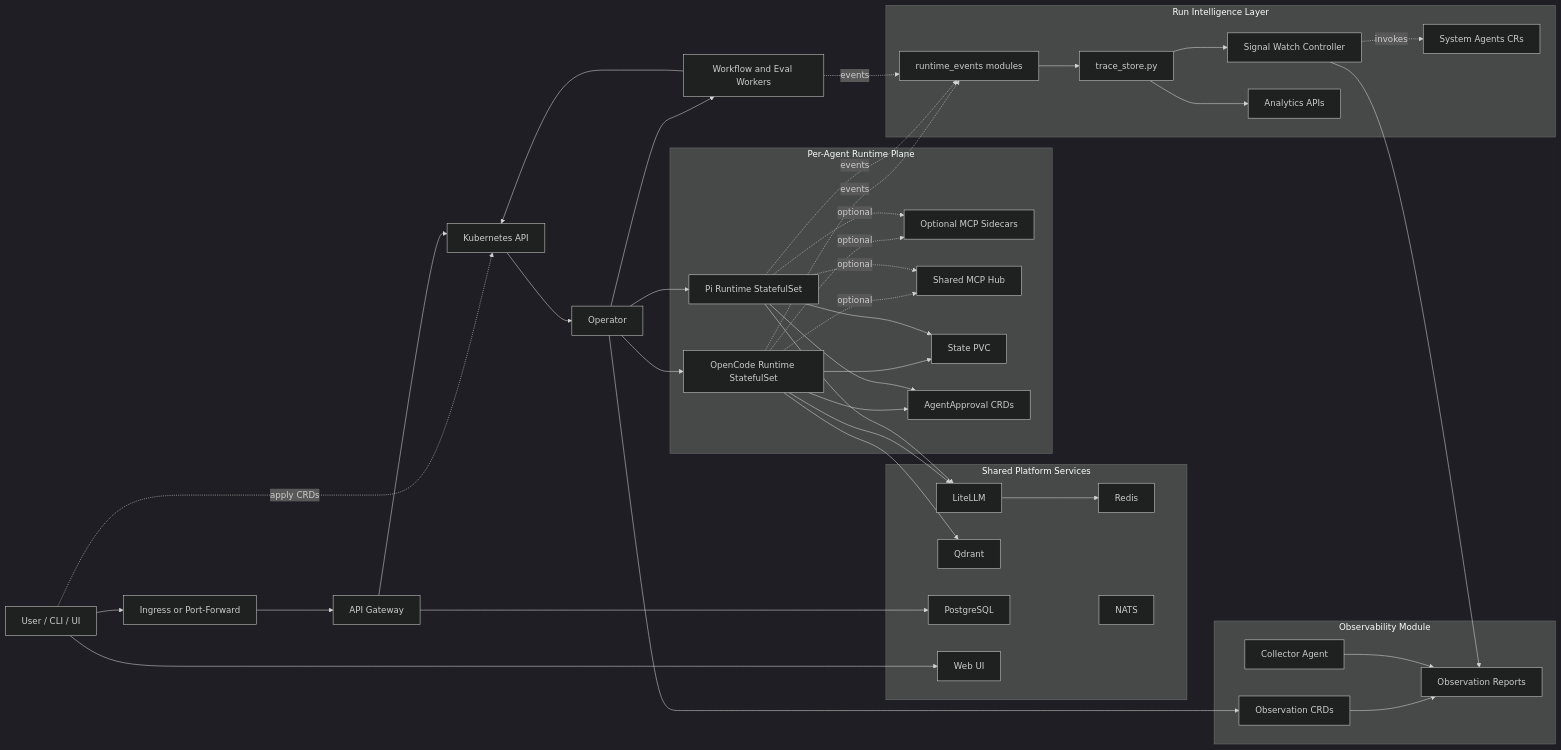
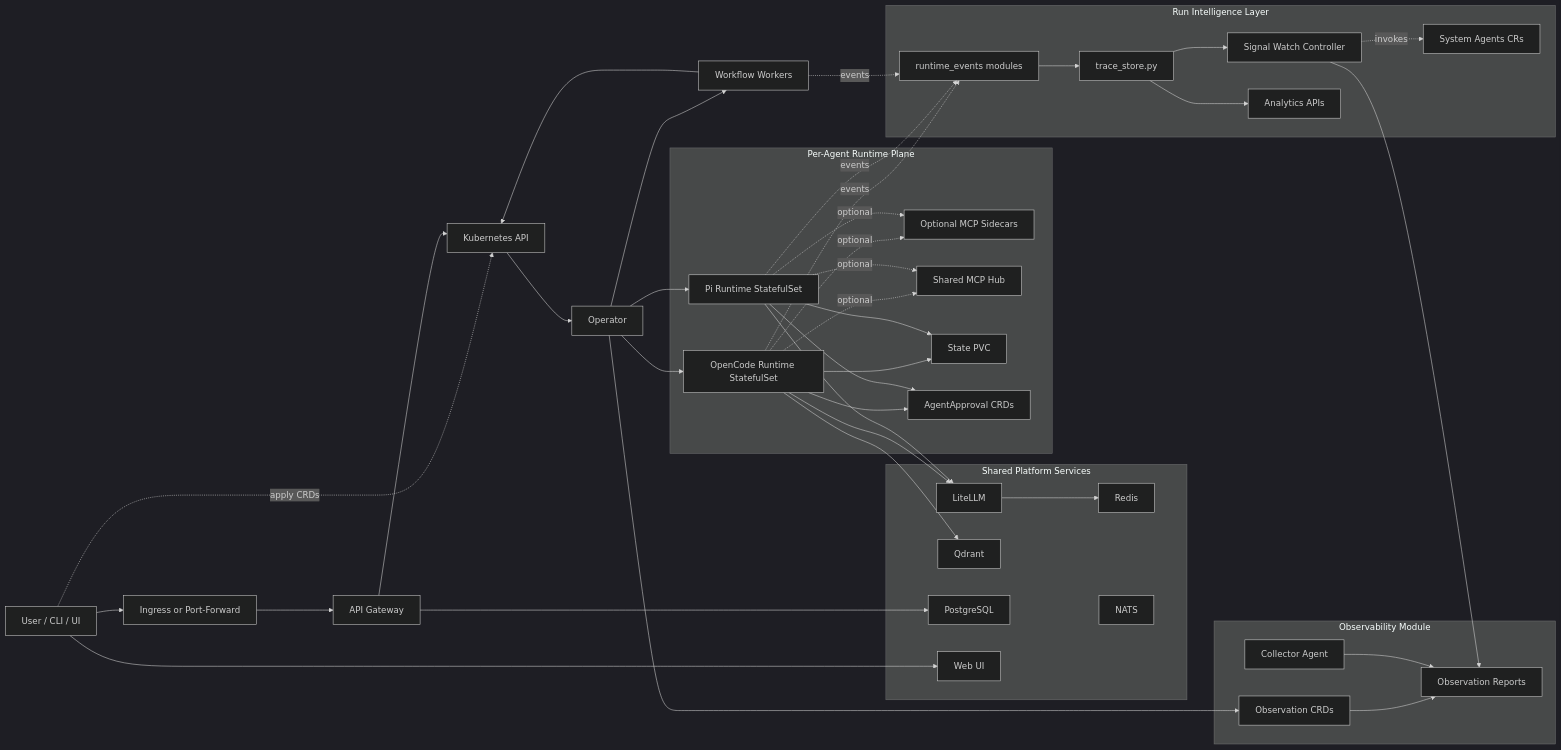
The diagram in docs/architecture-overview.md (ykbytes/kubesynapse.ai), drawn with Mermaid (dark theme) before and after one commit. The commit also changed other lines of this file and 80 other files, not shown here.

````diff
--- a/docs/architecture-overview.md
+++ b/docs/architecture-overview.md
@@ -19,74 +19,74 @@
 ```mermaid
 flowchart LR
     User[User / CLI / UI]
     Ingress[Ingress or Port-Forward]
     Gateway[API Gateway]
     K8s[Kubernetes API]
     Operator[Operator]
-    Worker[Workflow and Eval Workers]
+    Worker[Workflow Workers]
 
     subgraph AgentPlane[Per-Agent Runtime Plane]
         OpenCodeSTS[OpenCode Runtime StatefulSet]
         PiSTS[Pi Runtime StatefulSet]
         Sidecar[Optional MCP Sidecars]
         SharedMCP[Shared MCP Hub]
         StatePVC[State PVC]
         ApprovalCR[AgentApproval CRDs]
     end
 
     subgraph SharedServices[Shared Platform Services]
         LiteLLM[LiteLLM]
         Redis[Redis]
         Qdrant[Qdrant]
         Postgres[PostgreSQL]
         NATS[NATS]
         WebUI[Web UI]
     end
 
     subgraph Observability[Observability Module]
         ObservationCRDs[Observation CRDs]
         Collector[Collector Agent]
         Reports[Observation Reports]
     end
 
     subgraph RunIntelligence[Run Intelligence Layer]
         TraceStore[trace_store.py]
         RuntimeEvents[runtime_events modules]
         SignalWatch[Signal Watch Controller]
         SystemAgents[System Agents CRs]
         AnalyticsAPIs[Analytics APIs]
     end
 
     User --> Ingress --> Gateway
     User --> WebUI
     User -. apply CRDs .-> K8s
     Gateway --> K8s
     K8s --> Operator
     Operator --> OpenCodeSTS
     Operator --> PiSTS
     Operator --> Worker
     Operator --> ObservationCRDs
     Worker --> K8s
     OpenCodeSTS --> LiteLLM --> Redis
     OpenCodeSTS --> Qdrant
     OpenCodeSTS -. optional .-> Sidecar
     OpenCodeSTS -. optional .-> SharedMCP
     OpenCodeSTS --> StatePVC
     OpenCodeSTS --> ApprovalCR
     PiSTS --> LiteLLM
     PiSTS -. optional .-> Sidecar
     PiSTS -. optional .-> SharedMCP
     PiSTS --> StatePVC
     PiSTS --> ApprovalCR
     Gateway --> Postgres
     ObservationCRDs --> Reports
     Collector --> Reports
     OpenCodeSTS -. events .-> RuntimeEvents
     PiSTS -. events .-> RuntimeEvents
     Worker -. events .-> RuntimeEvents
     RuntimeEvents --> TraceStore
     TraceStore --> SignalWatch
     SignalWatch --> Reports
     SignalWatch -. invokes .-> SystemAgents
     TraceStore --> AnalyticsAPIs
 ```
````
